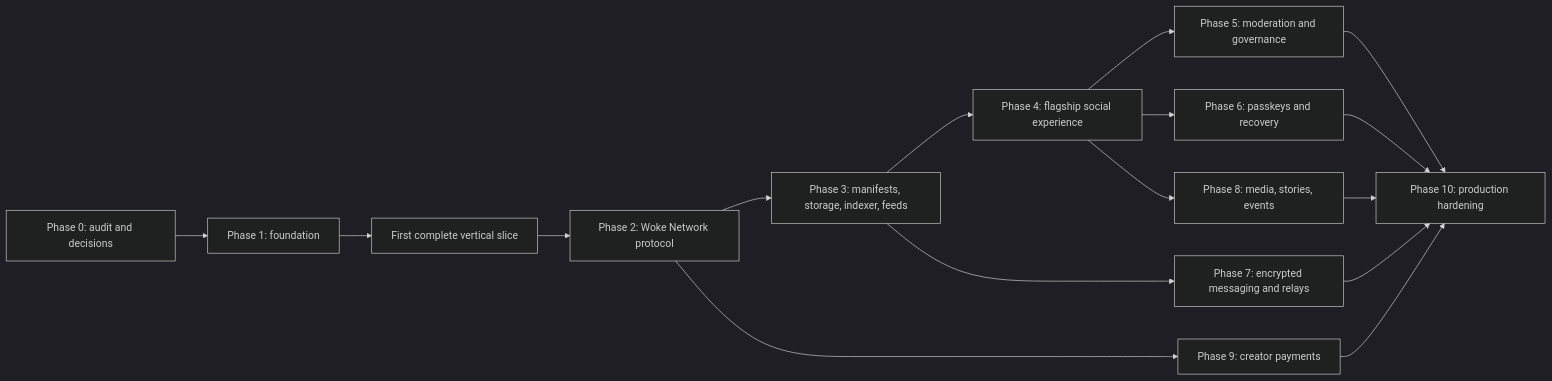
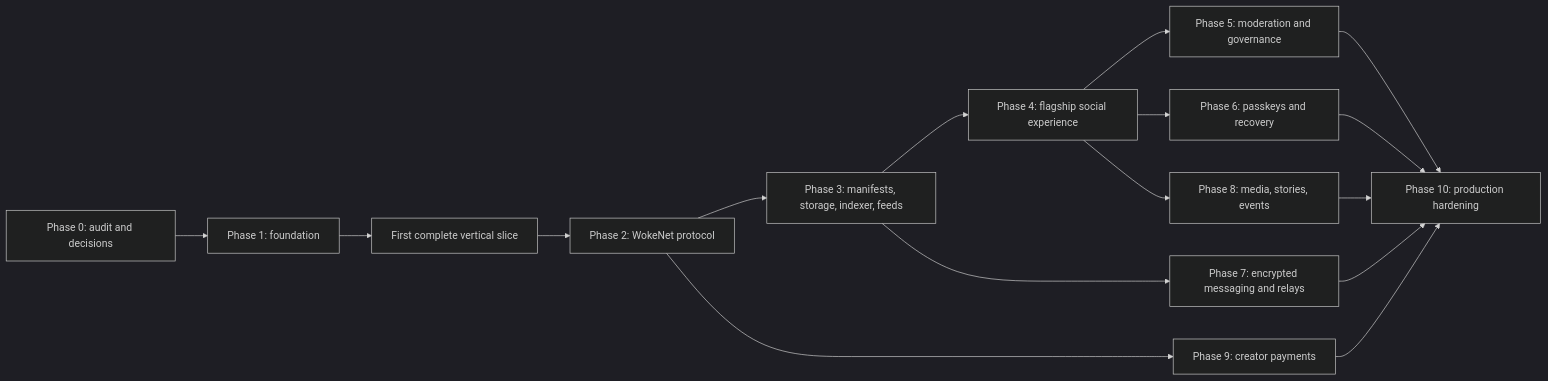
One commit to droolson/wetdrool changed the diagram in docs/ROADMAP.md. Above: the diagram before and after it, drawn with Mermaid (dark theme). The commit also changed other lines of this file and 312 other files, not shown here.

Commit message:
feat: complete WokeSocial and WokeNet migration

````diff
--- a/docs/ROADMAP.md
+++ b/docs/ROADMAP.md
@@ -57,18 +57,18 @@
 ```mermaid
 flowchart LR
     P0["Phase 0: audit and decisions"] --> P1["Phase 1: foundation"]
     P1 --> V["First complete vertical slice"]
-    V --> P2["Phase 2: Woke Network protocol"]
+    V --> P2["Phase 2: WokeNet protocol"]
     P2 --> P3["Phase 3: manifests, storage, indexer, feeds"]
     P3 --> P4["Phase 4: flagship social experience"]
     P4 --> P5["Phase 5: moderation and governance"]
     P4 --> P6["Phase 6: passkeys and recovery"]
     P3 --> P7["Phase 7: encrypted messaging and relays"]
     P4 --> P8["Phase 8: media, stories, events"]
     P2 --> P9["Phase 9: creator payments"]
     P5 --> P10["Phase 10: production hardening"]
     P6 --> P10
     P7 --> P10
     P8 --> P10
     P9 --> P10
 ```
````
